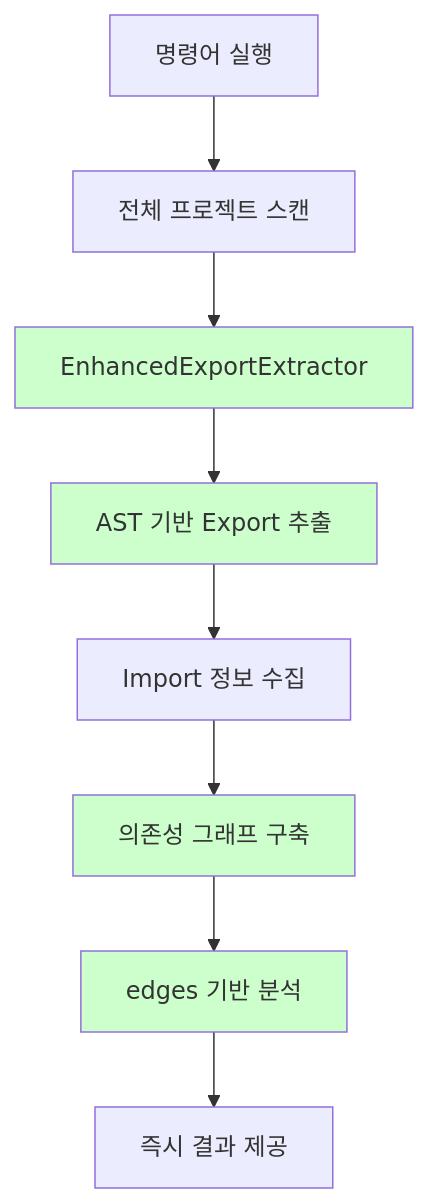
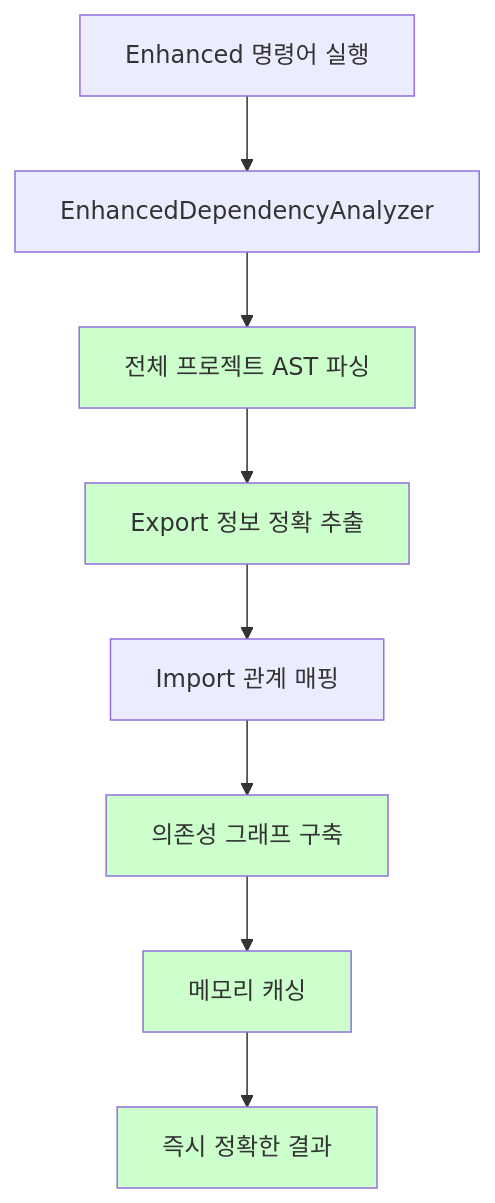
The second of 2 diagrams in docs/ENHANCED_PERFORMANCE_COMPARISON.md (mineclover/deps-cli), drawn with Mermaid before and after one commit. The commit also changed other lines of this file and 41 other files, not shown here.

````diff
--- a/docs/ENHANCED_PERFORMANCE_COMPARISON.md
+++ b/docs/ENHANCED_PERFORMANCE_COMPARISON.md
@@ -130,15 +130,16 @@
 ```mermaid
 graph TB
-    A[명령어 실행] --> B[전체 프로젝트 스캔]
-    B --> C[EnhancedExportExtractor]
-    C --> D[AST 기반 Export 추출]
-    D --> E[Import 정보 수집]
+    A[Enhanced 명령어 실행] --> B[EnhancedDependencyAnalyzer]
+    B --> C[전체 프로젝트 AST 파싱]
+    C --> D[Export 정보 정확 추출]
+    D --> E[Import 관계 매핑]
     E --> F[의존성 그래프 구축]
-    F --> G[edges 기반 분석]
-    G --> H[즉시 결과 제공]
+    F --> G[메모리 캐싱]
+    G --> H[즉시 정확한 결과]
 
     style C fill:#ccffcc
     style D fill:#ccffcc
     style F fill:#ccffcc
     style G fill:#ccffcc
+    style H fill:#ccffcc
 ```
````
